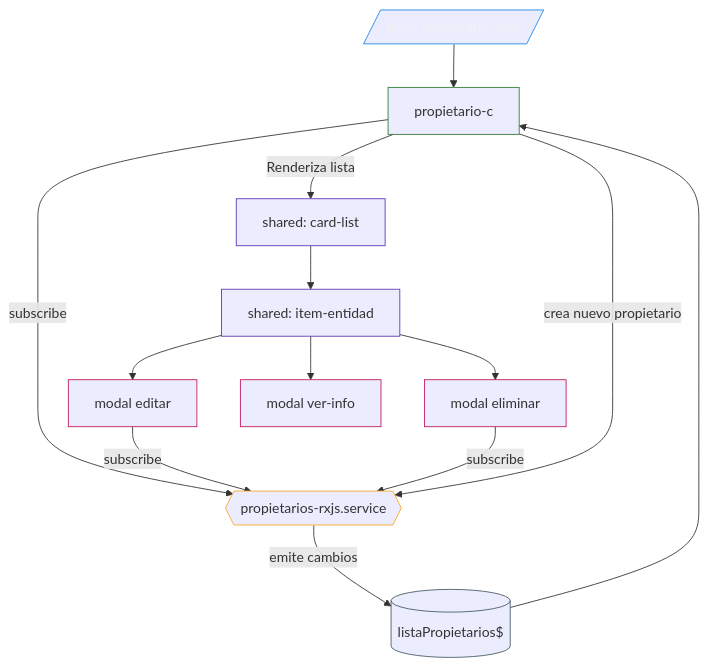
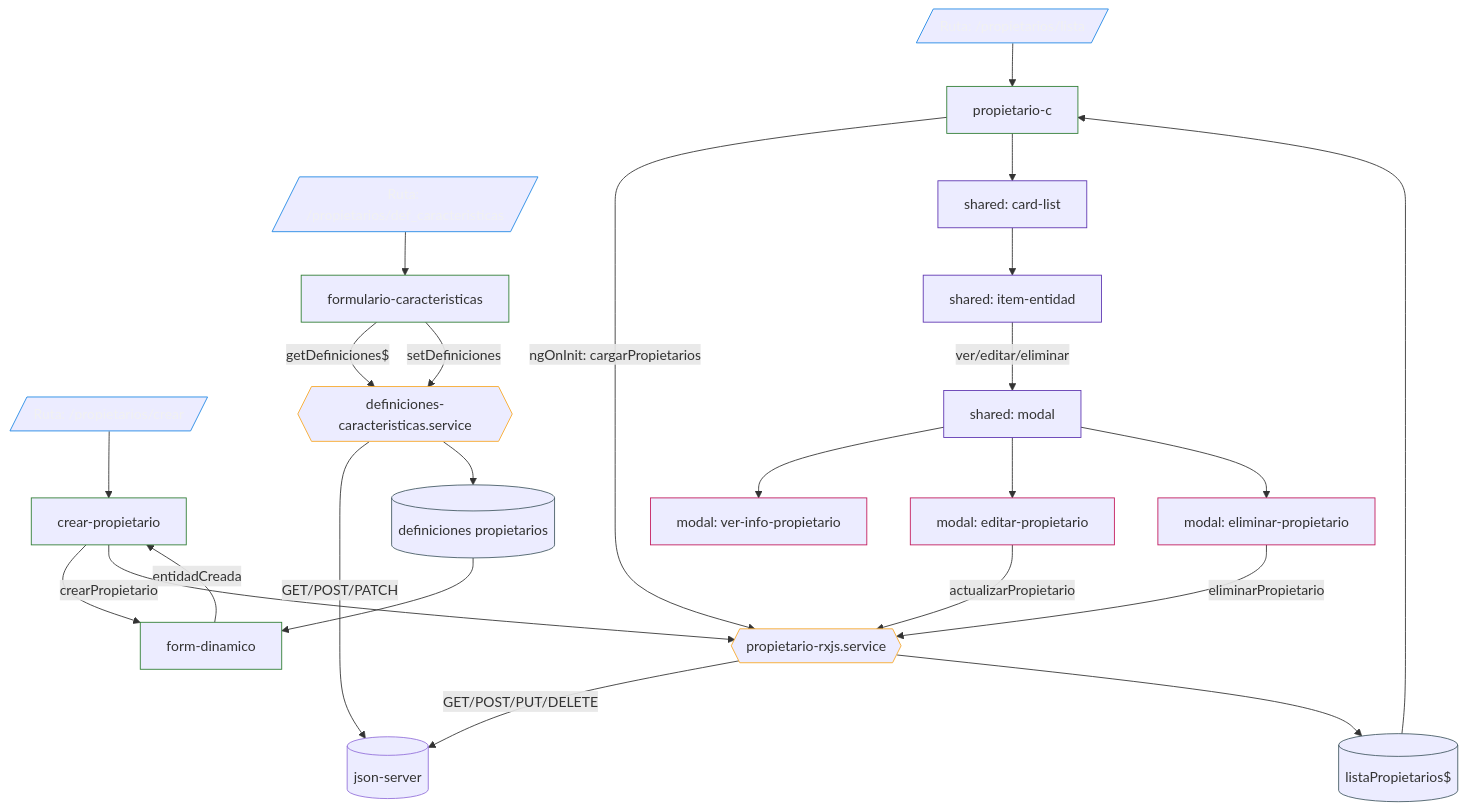
The diagram in docs/diagramas/propietarios_flujo.md (srOtyy/mvpInmo), drawn with Mermaid before and after one commit. The commit also changed other lines of this file and 5 other files, not shown here.

````diff
--- a/docs/diagramas/propietarios_flujo.md
+++ b/docs/diagramas/propietarios_flujo.md
@@ -4,59 +3,67 @@
 ```mermaid
 flowchart TB
-
     %% Rutas
-    R1[/Ruta: propietario/lista/]
+    RLISTA[/Ruta: /propietarios/lista/]
+    RCREAR[/Ruta: /propietarios/crear/]
+    RDEF[/Ruta: /propietarios/def_caracteristicas/]
 
     %% Componentes
-    PC[propietario-c]
-
-    %% Shared
+    LC[propietario-c]
+    CC[crear-propietario]
+    FD[form-dinamico]
+    FC[formulario-caracteristicas]
     CL[shared: card-list]
     IE[shared: item-entidad]
+    MOD[shared: modal]
+    MV[modal: ver-info-propietario]
+    ME[modal: editar-propietario]
+    MD[modal: eliminar-propietario]
 
-    %% Modales
-    ME[modal editar]
-    MD[modal eliminar]
-    MI[modal ver-info]
+    %% Servicios y estado
+    SP{{propietario-rxjs.service}}
+    SD{{definiciones-caracteristicas.service}}
+    EP[(listaPropietarios$)]
+    ED[(definiciones propietarios)]
 
-    %% Servicio
-    S{{propietarios-rxjs.service}}
+    %% Lista
+    RLISTA --> LC
+    LC -->|ngOnInit: cargarPropietarios| SP
+    SP -->|GET/POST/PUT/DELETE| API[(json-server)]
+    SP --> EP
+    EP --> LC
+    LC --> CL --> IE
+    IE -->|ver/editar/eliminar| MOD
+    MOD --> MV
+    MOD --> ME
+    MOD --> MD
+    ME -->|actualizarPropietario| SP
+    MD -->|eliminarPropietario| SP
 
-    %% Estado
-    O[(listaPropietarios$)]
+    %% Crear
+    RCREAR --> CC --> FD
+    FD -->|entidadCreada| CC
+    CC -->|crearPropietario| SP
 
-    %% Flujos
-    R1 --> PC
-
-    PC -->|Renderiza lista| CL
-    CL --> IE
-
-    IE --> ME
-    IE --> MD
-    IE --> MI
-
-    PC -->|subscribe| S
-    ME -->|subscribe| S
-    MD -->|subscribe| S
-
-    PC -->|crea nuevo propietario| S
-
-    S -->|emite cambios| O
-    O --> PC
+    %% Definiciones de caracteristicas
+    RDEF --> FC
+    FC -->|getDefiniciones$| SD
+    FC -->|setDefiniciones| SD
+    SD -->|GET/POST/PATCH| API
+    SD --> ED
+    ED --> FD
 
     %% Estilos
-    classDef route stroke:#1E88E5, color:#f1f1f1;
+    classDef route stroke:#1E88E5,color:#f1f1f1;
     classDef component stroke:#2E7D32;
     classDef service stroke:#F9A825;
     classDef modal stroke:#C2185B;
     classDef shared stroke:#5E35B1;
     classDef state stroke:#455A64;
 
-    class R1,R2 route;
-    class PC,IP component;
-    class CL,IE shared;
-    class ME,MD,MI modal;
-    class S service;
-    class O state;
-
+    class RLISTA,RCREAR,RDEF route;
+    class LC,CC,FD,FC component;
+    class CL,IE,MOD shared;
+    class MV,ME,MD modal;
+    class SP,SD service;
+    class EP,ED state;
 ```
````
